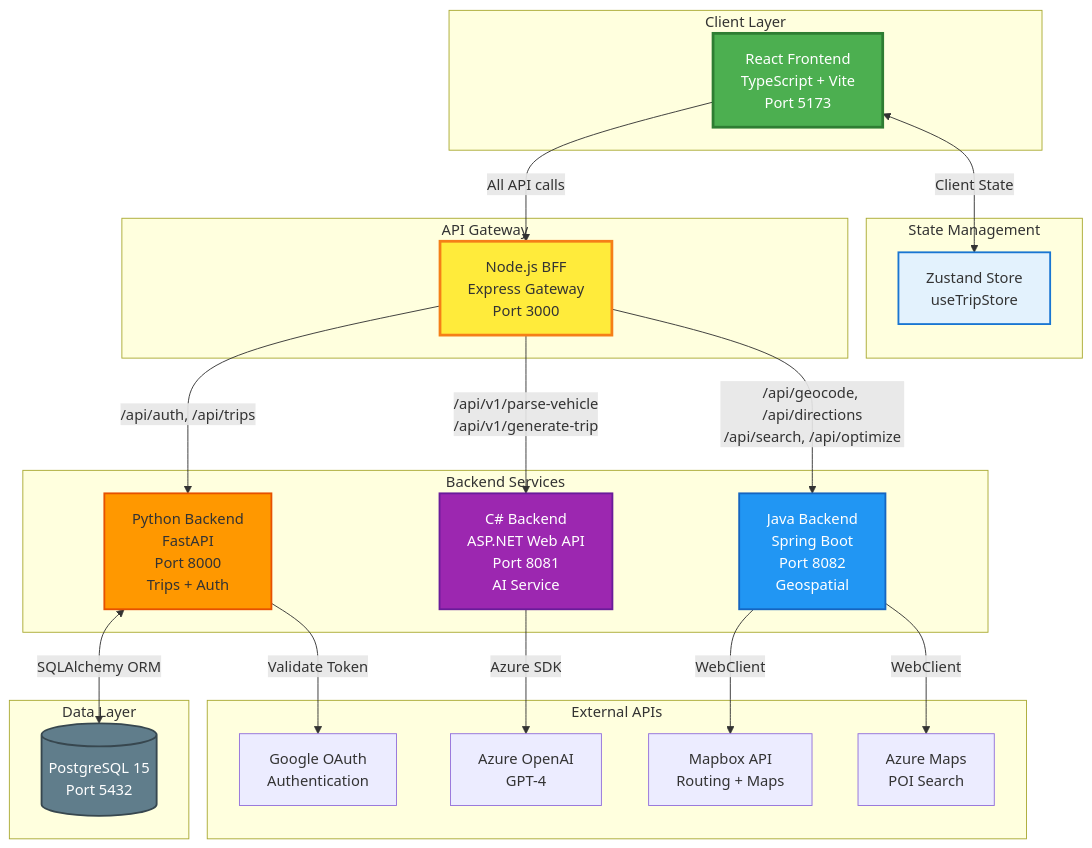
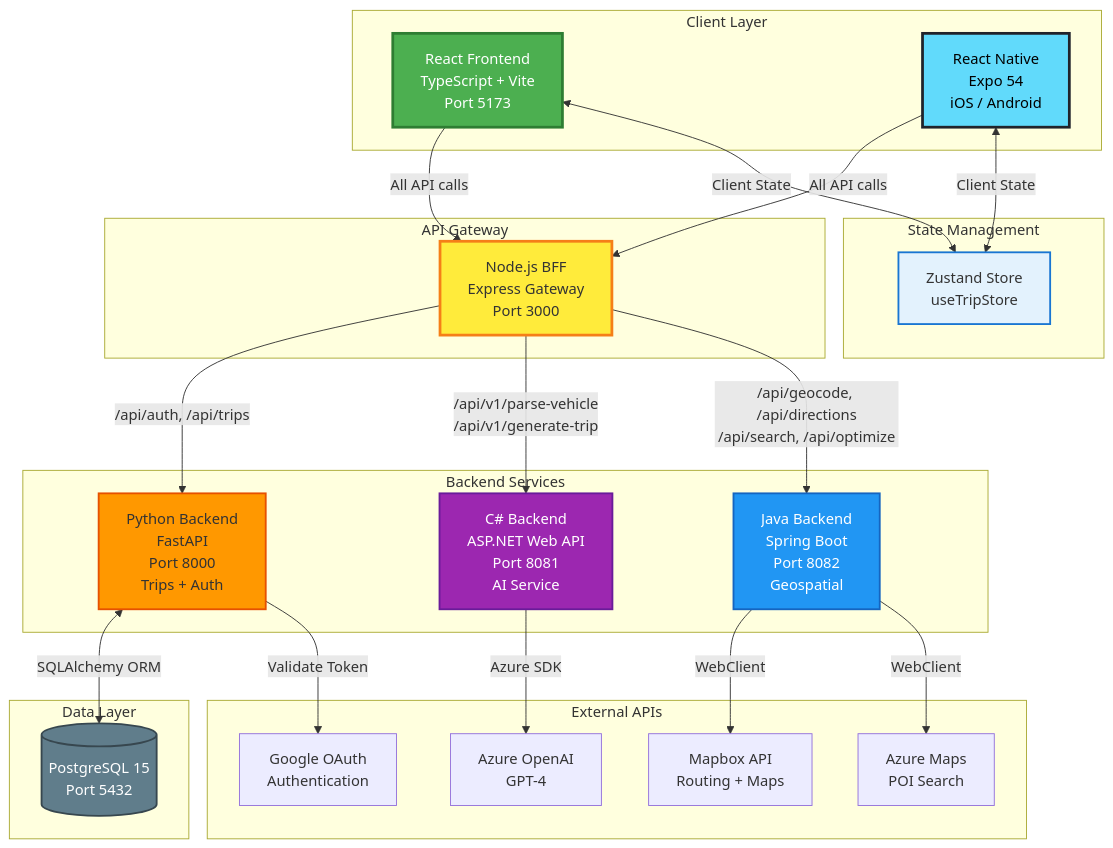
Before and after one commit to Insight-NA/aps-apex-ghcp-workshops-src: the first of 8 diagrams in github_copilot_csharp_python_foundational_workshop/docs/ARCHITECTURE.md, drawn with Mermaid. The commit also changed other lines of this file and 200 other files, not shown here.

````diff
--- a/github_copilot_csharp_python_foundational_workshop/docs/ARCHITECTURE.md
+++ b/github_copilot_csharp_python_foundational_workshop/docs/ARCHITECTURE.md
@@ -28,50 +29,54 @@
 ```mermaid
 graph TB
     subgraph "Client Layer"
         A[React Frontend<br/>TypeScript + Vite<br/>Port 5173]
+        MOBILE[React Native<br/>Expo 54<br/>iOS / Android]
     end
     
     subgraph "API Gateway"
         BFF[Node.js BFF<br/>Express Gateway<br/>Port 3000]
     end
     
     subgraph "Backend Services"
         PY[Python Backend<br/>FastAPI<br/>Port 8000<br/>Trips + Auth]
         CS[C# Backend<br/>ASP.NET Web API<br/>Port 8081<br/>AI Service]
         JV[Java Backend<br/>Spring Boot<br/>Port 8082<br/>Geospatial]
     end
     
     subgraph "External APIs"
         E1[Mapbox API<br/>Routing + Maps]
         E3[Azure Maps<br/>POI Search]
         E4[Google OAuth<br/>Authentication]
         AI[Azure OpenAI<br/>GPT-4]
     end
     
     subgraph "Data Layer"
         DB[(PostgreSQL 15<br/>Port 5432)]
     end
     
     subgraph "State Management"
         S1[Zustand Store<br/>useTripStore]
     end
     
     A -->|All API calls| BFF
+    MOBILE -->|All API calls| BFF
     A <-->|Client State| S1
+    MOBILE <-->|Client State| S1
     BFF -->|/api/auth, /api/trips| PY
     BFF -->|/api/v1/parse-vehicle<br/>/api/v1/generate-trip| CS
     BFF -->|/api/geocode, /api/directions<br/>/api/search, /api/optimize| JV
     PY <-->|SQLAlchemy ORM| DB
     PY -->|Validate Token| E4
     CS -->|Azure SDK| AI
     JV -->|WebClient| E1
     JV -->|WebClient| E3
     
     style A fill:#4caf50,stroke:#2e7d32,stroke-width:3px,color:#fff
+    style MOBILE fill:#61dafb,stroke:#20232a,stroke-width:3px,color:#000
     style BFF fill:#ffeb3b,stroke:#f57f17,stroke-width:3px
     style PY fill:#ff9800,stroke:#e65100,stroke-width:2px
     style CS fill:#9c27b0,stroke:#6a1b9a,stroke-width:2px,color:#fff
     style JV fill:#2196f3,stroke:#1565c0,stroke-width:2px,color:#fff
     style DB fill:#607d8b,stroke:#37474f,stroke-width:2px,color:#fff
     style S1 fill:#e3f2fd,stroke:#1976d2,stroke-width:2px
 ```
````
